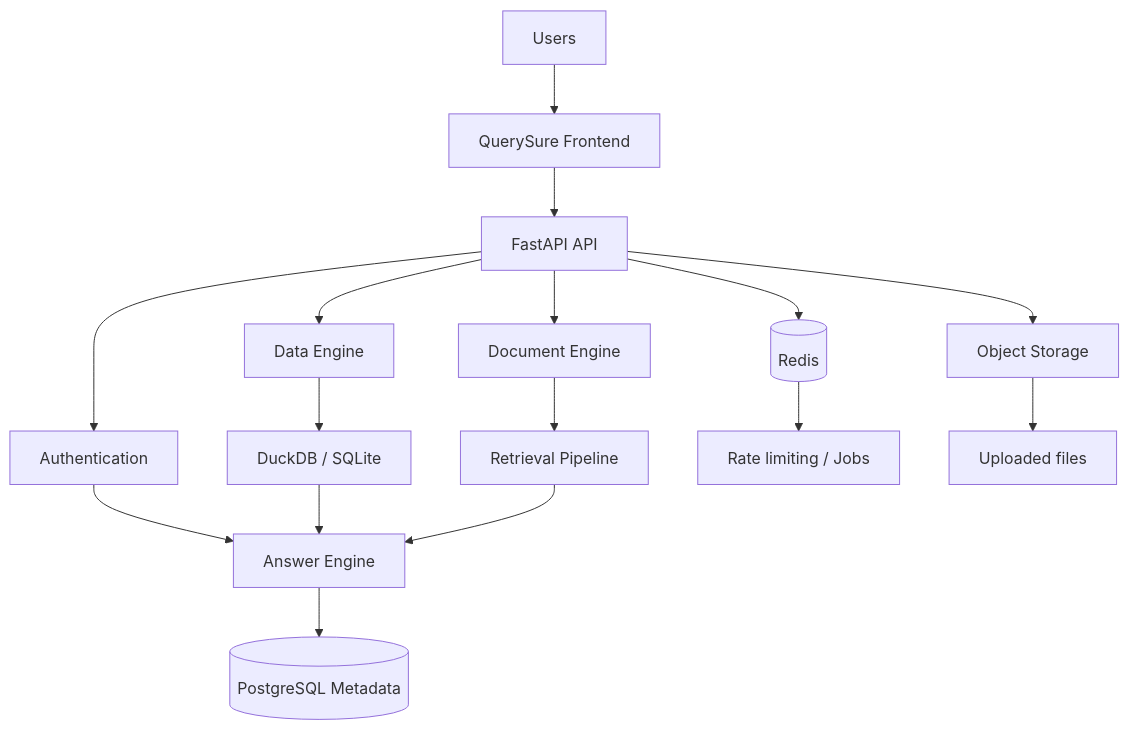
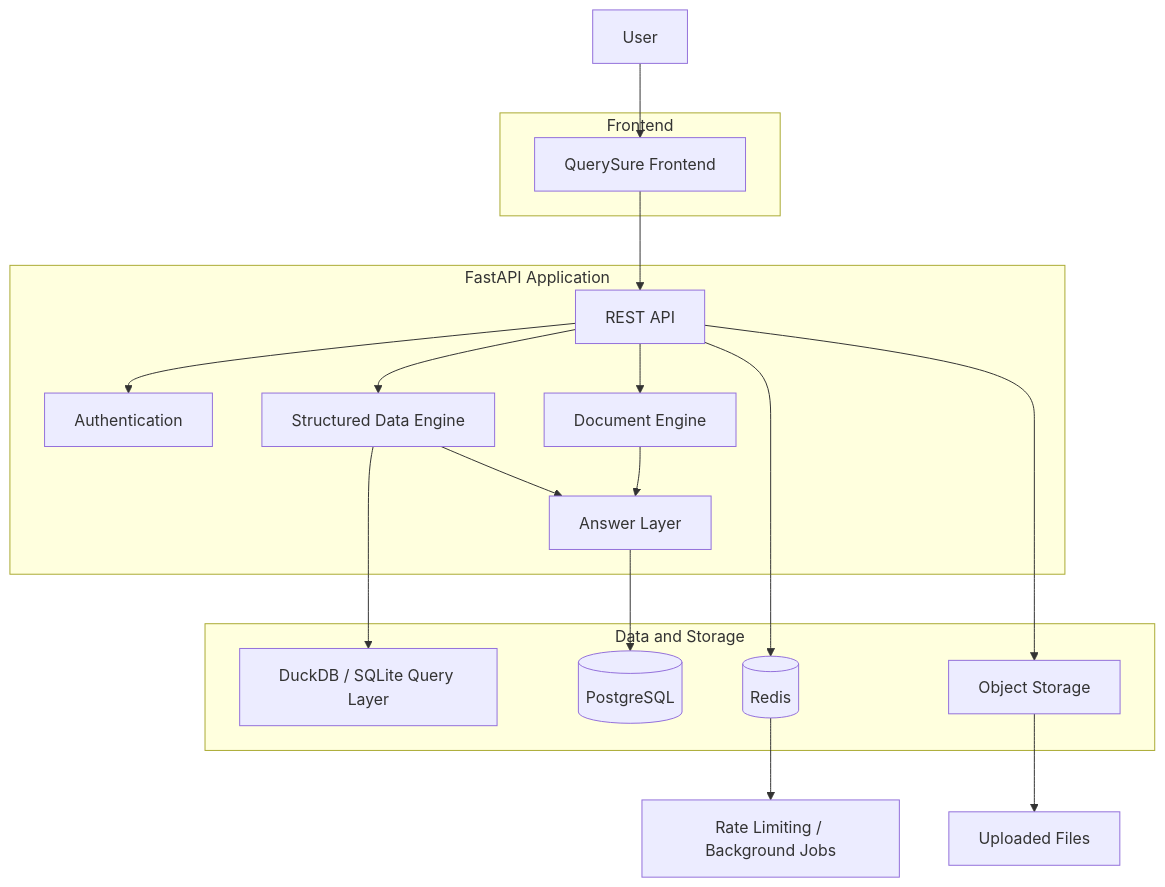
The sixth of 7 diagrams in README.md (shreyajoshi144/querysure), drawn with Mermaid before and after one commit. The commit also changed other lines of this file, not shown here.

````diff
--- a/README.md
+++ b/README.md
@@ -349,26 +309,44 @@
 ```mermaid
 flowchart TB
-    U[Users]
 
-    U --> FE[QuerySure Frontend]
-    FE --> API[FastAPI API]
+    U[User]
 
-    API --> AUTH[Authentication]
-    API --> DATA[Data Engine]
-    API --> DOC[Document Engine]
+    subgraph Frontend
+        FE[QuerySure Frontend]
+    end
 
-    DATA --> QUERY[DuckDB / SQLite]
-    DOC --> RET[Retrieval Pipeline]
+    subgraph Application["FastAPI Application"]
+        API[REST API]
+        AUTH[Authentication]
+        DATA[Structured Data Engine]
+        DOC[Document Engine]
+        ANSWER[Answer Layer]
+    end
 
-    AUTH --> ANSWER[Answer Engine]
-    QUERY --> ANSWER
-    RET --> ANSWER
+    subgraph DataLayer["Data and Storage"]
+        QUERY[DuckDB / SQLite Query Layer]
+        META[(PostgreSQL)]
+        REDIS[(Redis)]
+        STORE[Object Storage]
+    end
 
-    ANSWER --> META[(PostgreSQL Metadata)]
+    FE --> API
+    U --> FE
 
-    API --> REDIS[(Redis)]
-    API --> STORE[Object Storage]
+    API --> AUTH
+    API --> DATA
+    API --> DOC
 
-    REDIS --> RL[Rate limiting / Jobs]
-    STORE --> FILES[Uploaded files]
+    DATA --> QUERY
+    DATA --> ANSWER
+
+    DOC --> ANSWER
+
+    ANSWER --> META
+
+    API --> REDIS
+    API --> STORE
+
+    REDIS --> RL[Rate Limiting / Background Jobs]
+    STORE --> FILES[Uploaded Files]
 ```
````
